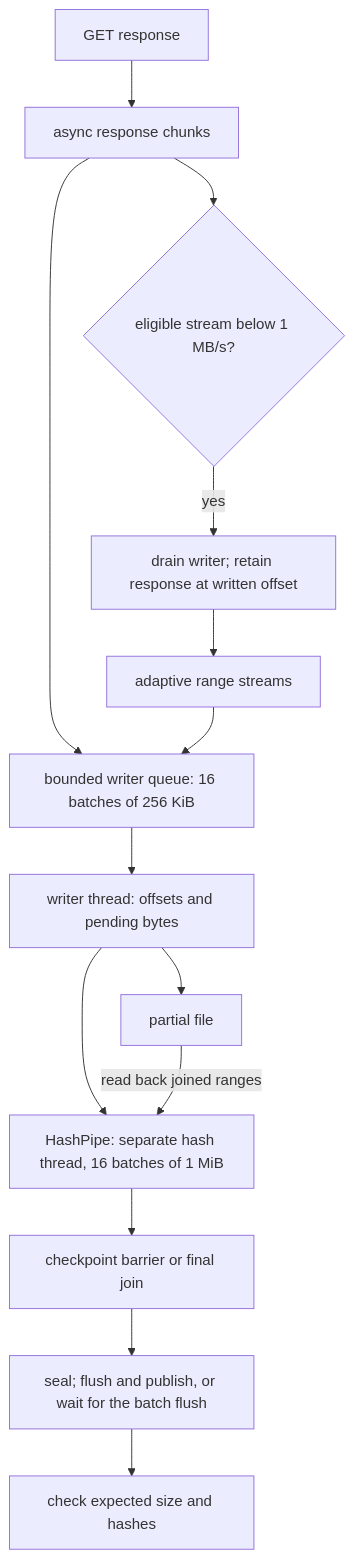
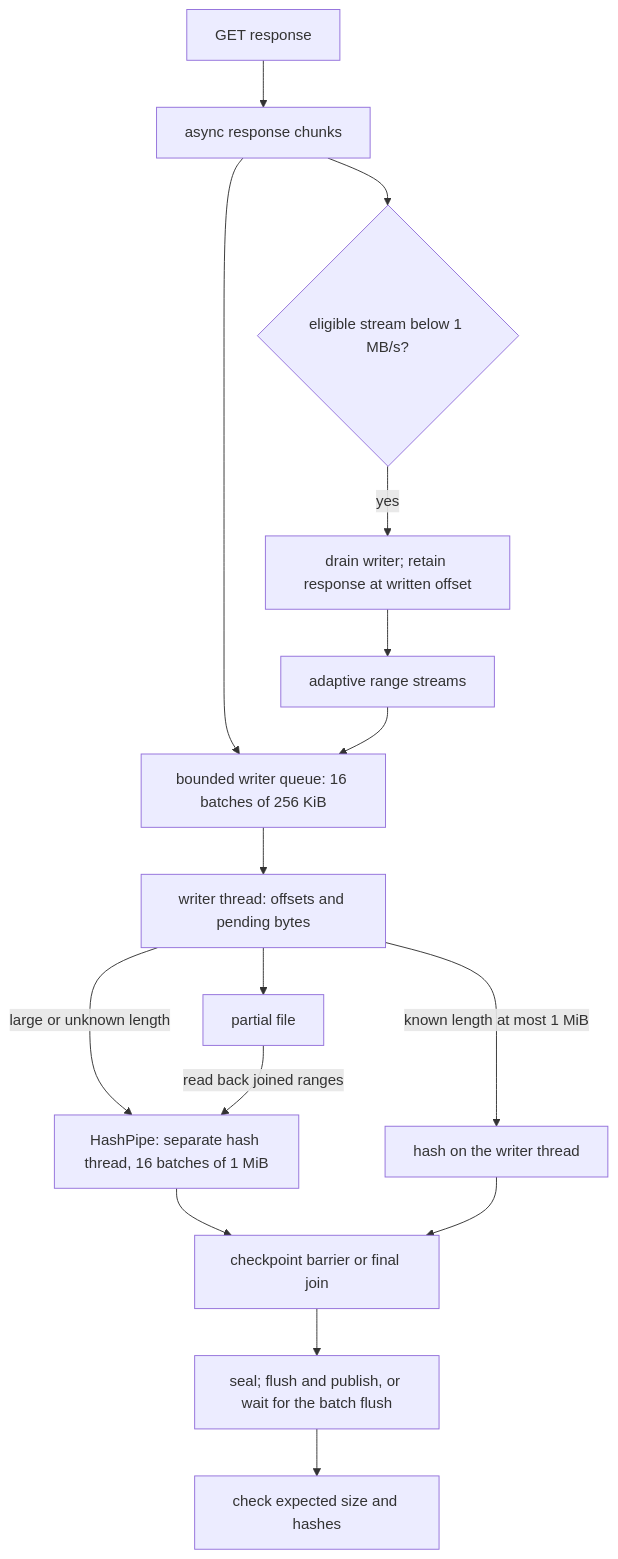
One commit to nikhil-yn-aix/fetchloom changed the diagram in docs/dev/architecture/network.md. Above: the diagram before and after it, drawn with Mermaid. The commit also changed other lines of this file and 8 other files, not shown here.

````diff
--- a/docs/dev/architecture/network.md
+++ b/docs/dev/architecture/network.md
@@ -29,16 +29,18 @@
 ```mermaid
 flowchart TD
     request["GET response"] --> body["async response chunks"]
     body --> queue["bounded writer queue: 16 batches of 256 KiB"]
     queue --> writer["writer thread: offsets and pending bytes"]
     writer --> disk["partial file"]
-    writer --> hash["HashPipe: separate hash thread, 16 batches of 1 MiB"]
+    writer -->|"large or unknown length"| hash["HashPipe: separate hash thread, 16 batches of 1 MiB"]
+    writer -->|"known length at most 1 MiB"| inline["hash on the writer thread"]
     disk -->|"read back joined ranges"| hash
     body --> slow{"eligible stream below 1 MB/s?"}
     slow -->|yes| handover["drain writer; retain response at written offset"]
     handover --> split["adaptive range streams"]
     split --> queue
     hash --> barrier["checkpoint barrier or final join"]
+    inline --> barrier
     barrier --> finish["seal; flush and publish, or wait for the batch flush"]
     finish --> check["check expected size and hashes"]
 ```
````
